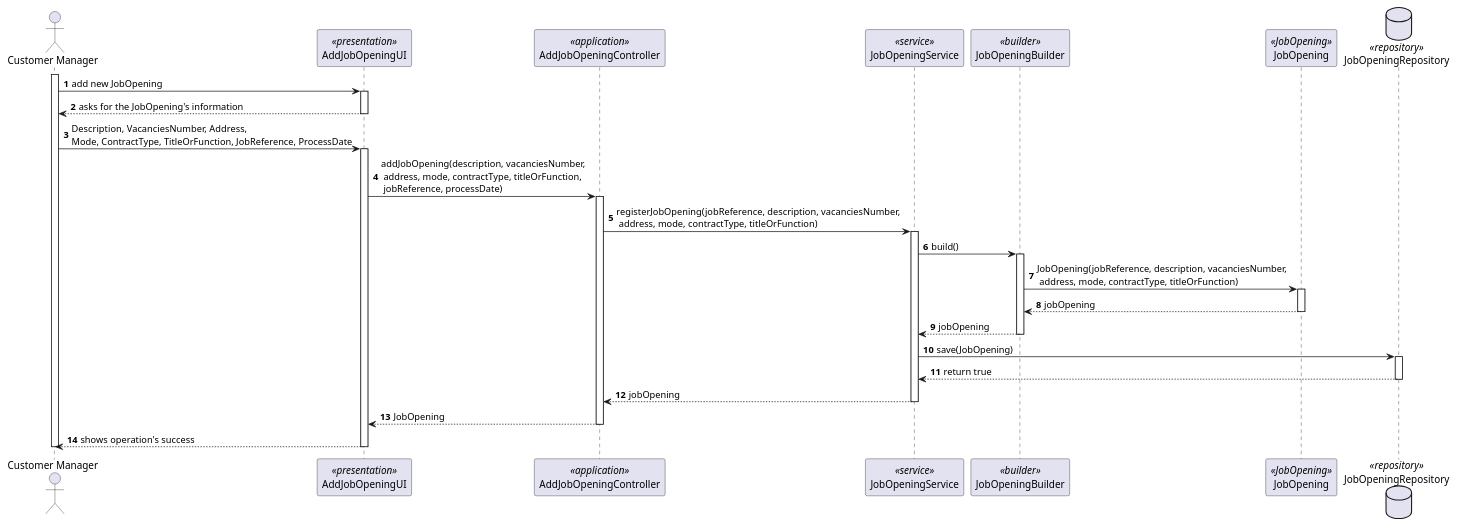
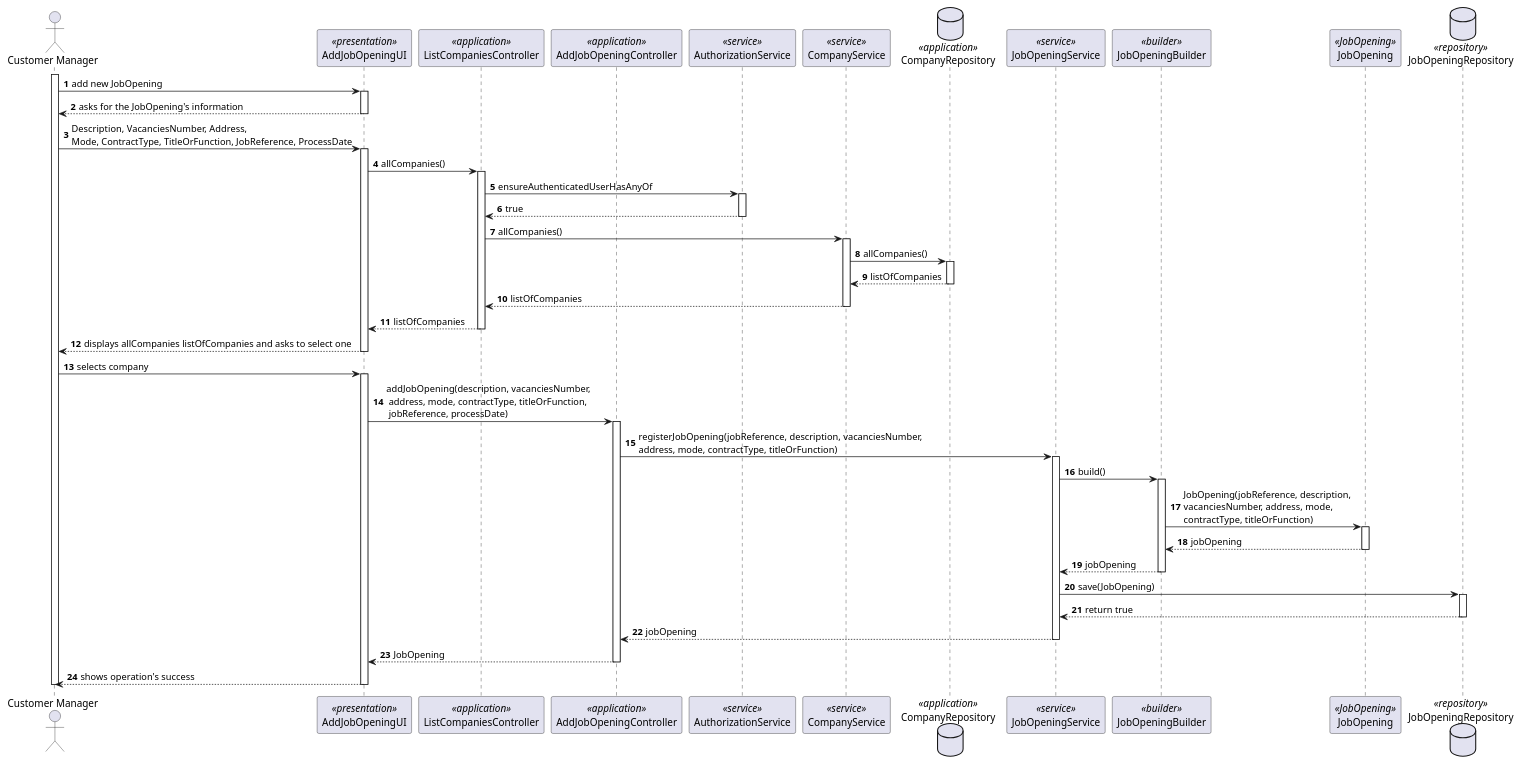
One commit to MiguelCardoso77/LAPR4 changed the diagram in docs/SprintB/1002/1002-sequence-diagram-overview.puml. Above: the diagram before and after it, drawn with PlantUML. The commit also changed 3 other files, not shown here.

Commit message:
sequence diagram and class diagram updated #10

```diff
--- a/docs/SprintB/1002/1002-sequence-diagram-overview.puml
+++ b/docs/SprintB/1002/1002-sequence-diagram-overview.puml
@@ -1,76 +1,120 @@
 @startuml
 autonumber
 
 
 actor "Customer Manager" as CM
 participant AddJobOpeningUI <<presentation>>
+participant ListCompaniesController <<application>>
 participant AddJobOpeningController <<application>>
+participant AuthorizationService <<service>>
+participant CompanyService <<service>>
+database    CompanyRepository <<application>>
 participant JobOpeningService <<service>>
 participant JobOpeningBuilder <<builder>>
 participant JobOpening <<JobOpening>>
-database JobOpeningRepository <<repository>>
+database    JobOpeningRepository <<repository>>
 
 activate CM
 
 
     CM -> AddJobOpeningUI: add new JobOpening
 
         activate AddJobOpeningUI
 
     AddJobOpeningUI --> CM: asks for the JobOpening's information
 
         deactivate AddJobOpeningUI
 
     CM -> AddJobOpeningUI : Description, VacanciesNumber, Address, \nMode, ContractType, TitleOrFunction, JobReference, ProcessDate
 
         activate AddJobOpeningUI
 
+    AddJobOpeningUI -> ListCompaniesController: allCompanies()
+
+        activate ListCompaniesController
+
+    ListCompaniesController -> AuthorizationService :ensureAuthenticatedUserHasAnyOf
+
+        activate AuthorizationService
+
+    AuthorizationService --> ListCompaniesController: true
+
+        deactivate AuthorizationService
+
+    ListCompaniesController -> CompanyService : allCompanies()
+
+        activate CompanyService
+
+    CompanyService -> CompanyRepository : allCompanies()
+
+        activate CompanyRepository
+
+    CompanyRepository --> CompanyService : listOfCompanies
+
+        deactivate CompanyRepository
+
+    CompanyService --> ListCompaniesController : listOfCompanies
+
+        deactivate CompanyService
+
+    ListCompaniesController --> AddJobOpeningUI : listOfCompanies
+
+        deactivate ListCompaniesController
+
+    AddJobOpeningUI --> CM : displays allCompanies listOfCompanies and asks to select one
+
+        deactivate AddJobOpeningUI
+
+    CM -> AddJobOpeningUI : selects company
+
+        activate AddJobOpeningUI
+
     AddJobOpeningUI -> AddJobOpeningController: addJobOpening(description, vacanciesNumber, \n address, mode, contractType, titleOrFunction, \n jobReference, processDate)
 
         activate AddJobOpeningController
 
-    AddJobOpeningController  -> JobOpeningService: registerJobOpening(jobReference, description, vacanciesNumber, \n address, mode, contractType, titleOrFunction)
+    AddJobOpeningController  -> JobOpeningService: registerJobOpening(jobReference, description, vacanciesNumber, \naddress, mode, contractType, titleOrFunction)
 
         activate JobOpeningService
 
     JobOpeningService -> JobOpeningBuilder: build()
 
         activate JobOpeningBuilder
 
-    JobOpeningBuilder -> JobOpening : JobOpening(jobReference, description, vacanciesNumber, \n address, mode, contractType, titleOrFunction)
+    JobOpeningBuilder -> JobOpening : JobOpening(jobReference, description, \nvacanciesNumber, address, mode, \ncontractType, titleOrFunction)
 
         activate JobOpening
 
     JobOpening --> JobOpeningBuilder: jobOpening
 
         deactivate JobOpening
 
     JobOpeningBuilder --> JobOpeningService: jobOpening
 
         deactivate JobOpeningBuilder
 
     JobOpeningService -> JobOpeningRepository: save(JobOpening)
 
         activate JobOpeningRepository
 
     JobOpeningRepository --> JobOpeningService: return true
 
         deactivate JobOpeningRepository
 
     JobOpeningService --> AddJobOpeningController: jobOpening
 
         deactivate JobOpeningService
 
     AddJobOpeningController --> AddJobOpeningUI : JobOpening
 
         deactivate AddJobOpeningController
 
     AddJobOpeningUI --> CM : shows operation's success
 
         deactivate AddJobOpeningUI
 
         deactivate CM
 
 
 
 @enduml
```
